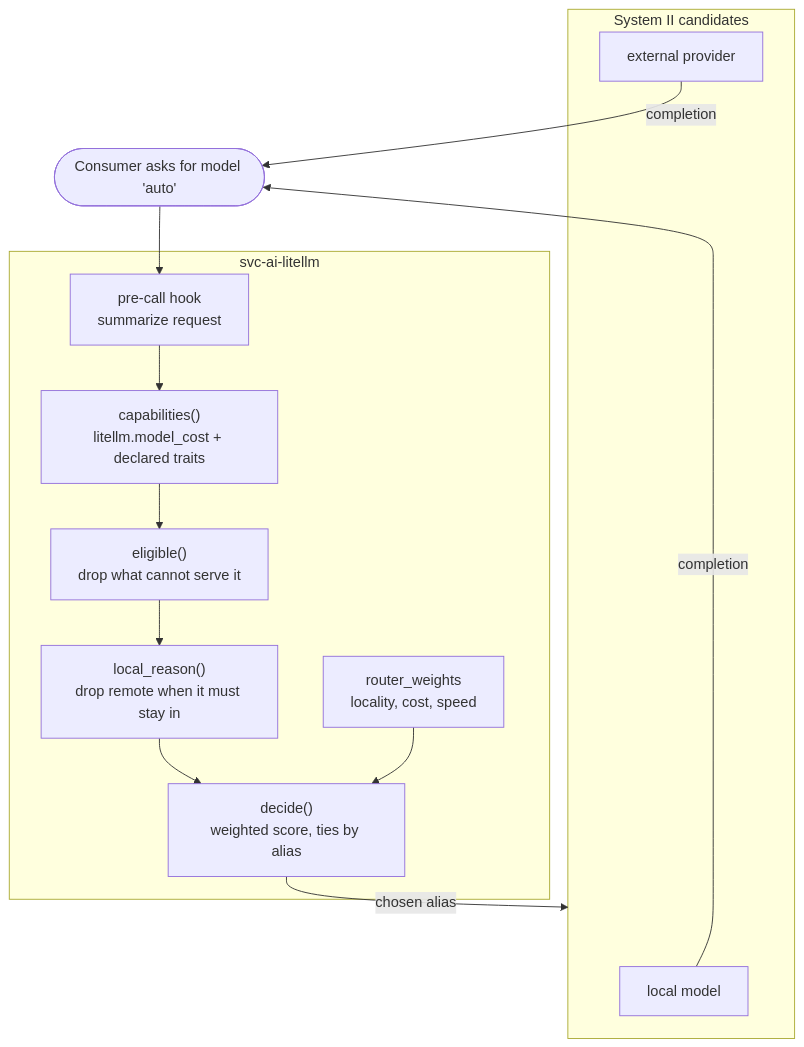
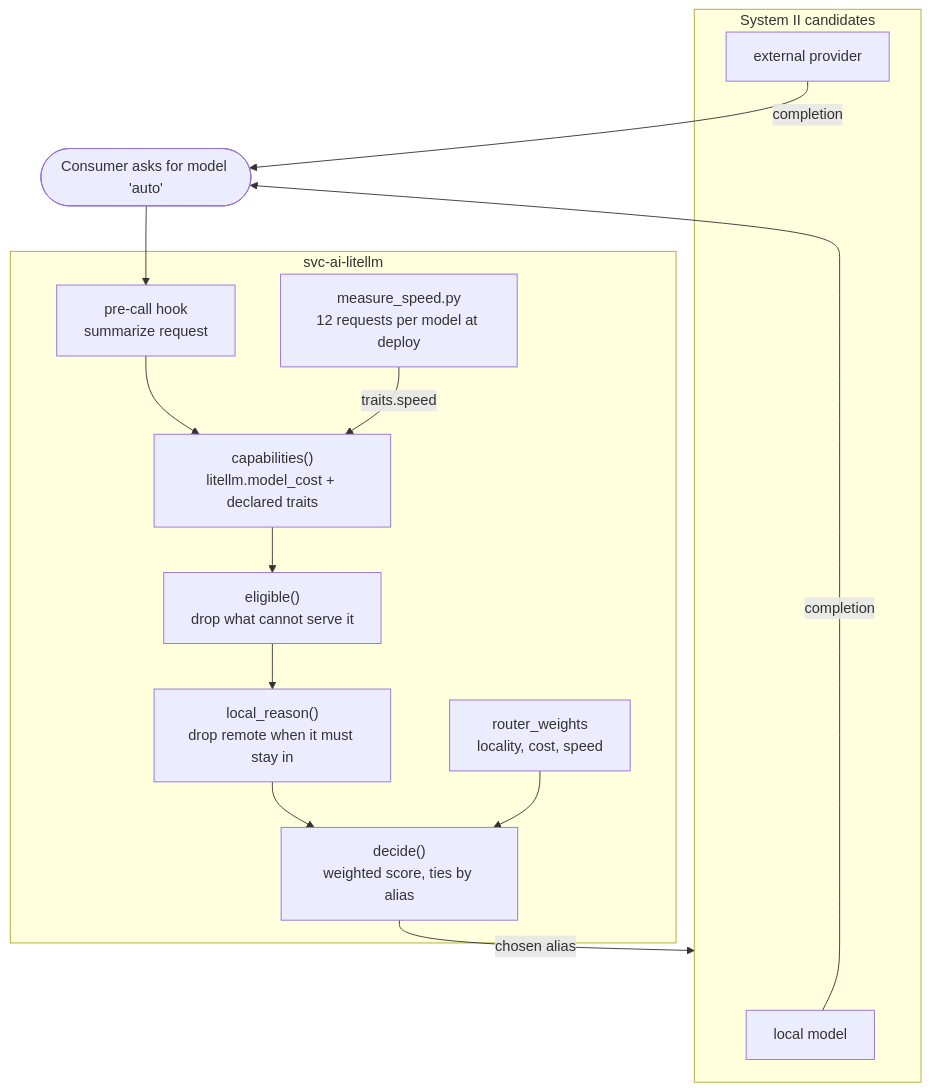
One commit to infinito-nexus/core changed the diagram in docs/requirements/038-system-one-model-router.md. Above: the diagram before and after it, drawn with Mermaid. The commit also changed other lines of this file and 10 other files, not shown here.

````diff
--- a/docs/requirements/038-system-one-model-router.md
+++ b/docs/requirements/038-system-one-model-router.md
@@ -72,23 +84,25 @@
 ```mermaid
 flowchart TB
     consumer([Consumer asks for model 'auto'])
 
     subgraph gw["svc-ai-litellm"]
         hook["pre-call hook<br/>summarize request"]
         caps["capabilities()<br/>litellm.model_cost + declared traits"]
         elig["eligible()<br/>drop what cannot serve it"]
         keep["local_reason()<br/>drop remote when it must stay in"]
         dec["decide()<br/>weighted score, ties by alias"]
         weights["router_weights<br/>locality, cost, speed"]
+        rates["measure_speed.py<br/>12 requests per model at deploy"]
     end
 
     subgraph sys2["System II candidates"]
         small["local model"]
         remote["external provider"]
     end
 
     consumer --> hook --> caps --> elig --> keep --> dec
     weights --> dec
+    rates -->|traits.speed| caps
     dec -->|chosen alias| sys2
     small & remote -->|completion| consumer
 ```
````
